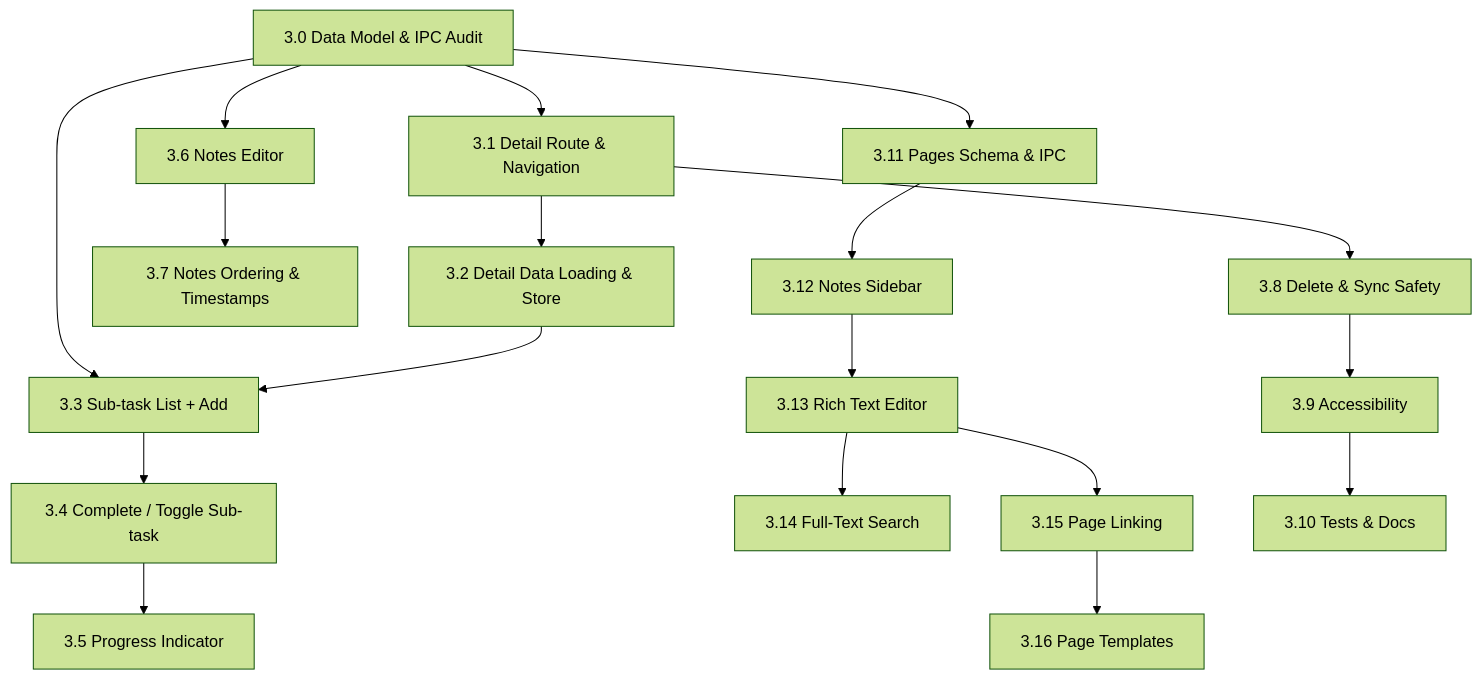
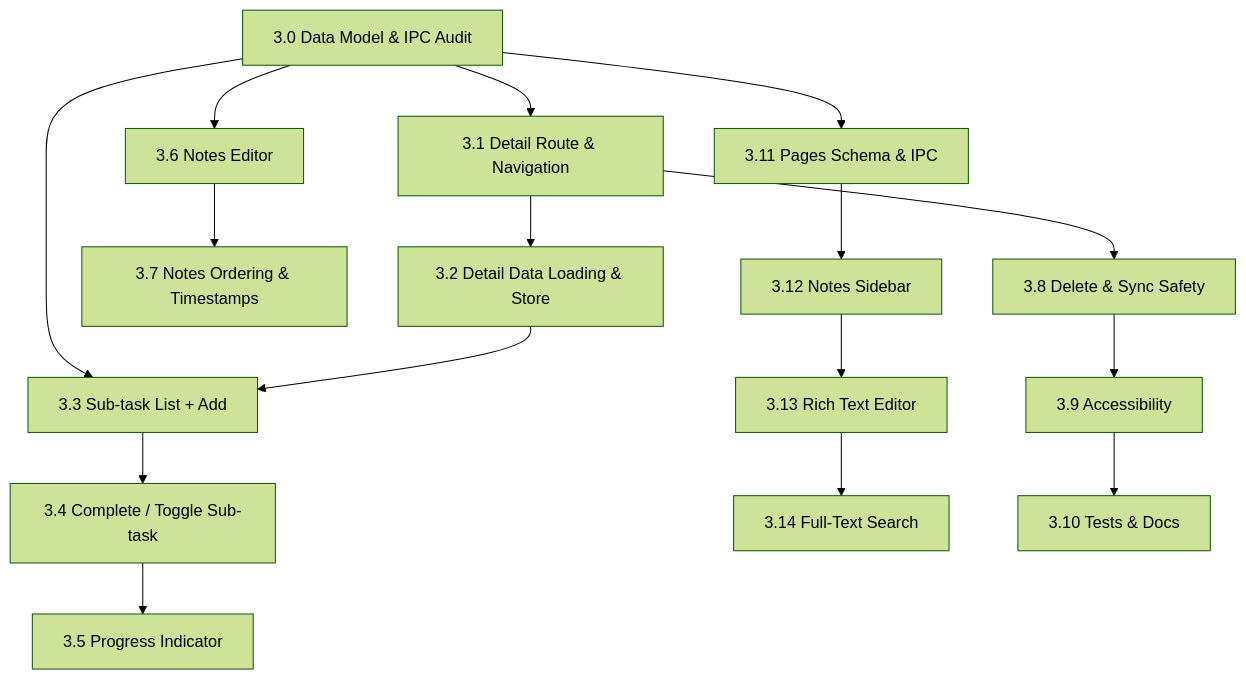
The diagram in docs/tickets/phase3/README.md (DevonYuan/CourseFlow), drawn with Mermaid (forest theme) before and after one commit. The commit also changed other lines of this file and 1 other file, not shown here.

````diff
--- a/docs/tickets/phase3/README.md
+++ b/docs/tickets/phase3/README.md
@@ -165,23 +162,21 @@
 ```mermaid
 flowchart TD
     T3_0[3.0 Data Model & IPC Audit] --> T3_1[3.1 Detail Route & Navigation]
     T3_0 --> T3_3[3.3 Sub-task List + Add]
     T3_0 --> T3_6[3.6 Notes Editor]
     T3_0 --> T3_11[3.11 Pages Schema & IPC]
 
     T3_1 --> T3_2[3.2 Detail Data Loading & Store]
     T3_2 --> T3_3
     T3_3 --> T3_4[3.4 Complete / Toggle Sub-task]
     T3_4 --> T3_5[3.5 Progress Indicator]
     T3_6 --> T3_7[3.7 Notes Ordering & Timestamps]
 
     T3_11 --> T3_12[3.12 Notes Sidebar]
     T3_12 --> T3_13[3.13 Rich Text Editor]
     T3_13 --> T3_14[3.14 Full-Text Search]
-    T3_13 --> T3_15[3.15 Page Linking]
-    T3_15 --> T3_16[3.16 Page Templates]
 
     T3_1 --> T3_8[3.8 Delete & Sync Safety]
     T3_8 --> T3_9[3.9 Accessibility]
     T3_9 --> T3_10[3.10 Tests & Docs]
 ```
````
